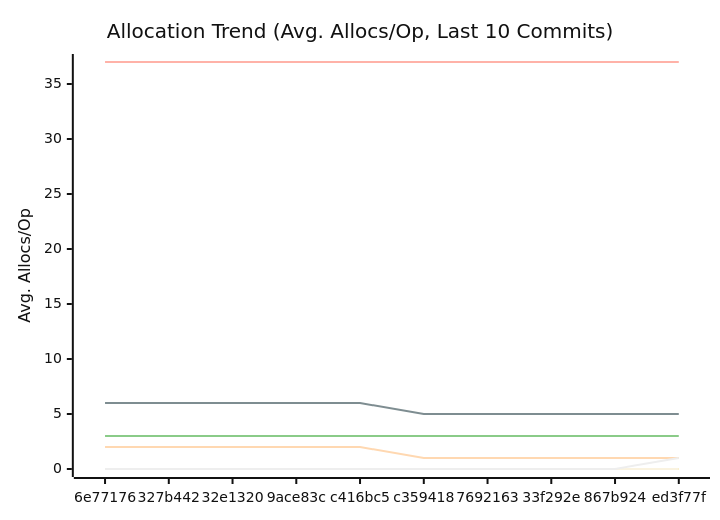
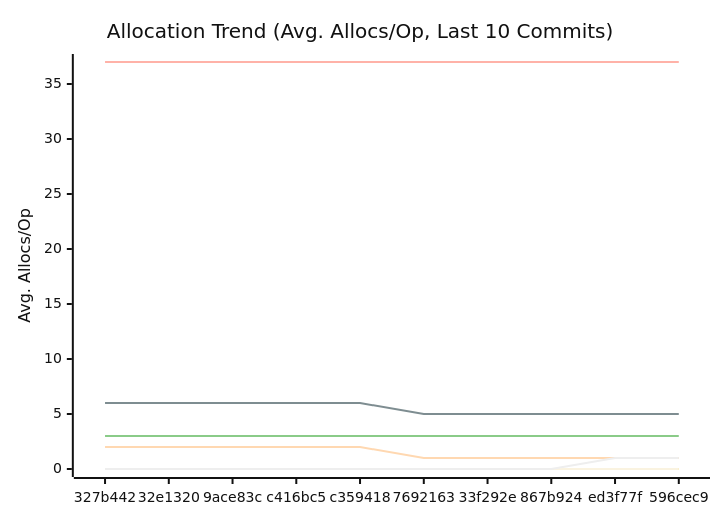
The third of 3 diagrams in docs/PERFORMANCE.md (alsotoes/momo), drawn with Mermaid (neutral theme) before and after one commit. The commit also changed other lines of this file and 5 other files, not shown here.

````diff
--- a/docs/PERFORMANCE.md
+++ b/docs/PERFORMANCE.md
@@ -176,18 +176,18 @@
 ```mermaid
 xychart-beta
     title "Allocation Trend (Avg. Allocs/Op, Last 10 Commits)"
     x-axis "Commit"
     y-axis "Avg. Allocs/Op"
-    x-axis [6e77176,327b442,32e1320,9ace83c,c416bc5,c359418,7692163,33f292e,867b924,ed3f77f]
+    x-axis [327b442,32e1320,9ace83c,c416bc5,c359418,7692163,33f292e,867b924,ed3f77f,596cec9]
     line "CheckMetricsAndSwap" [0,0,0,0,0,0,0,0,0,0]
     line "CrushOptimized" [0,0,0,0,0,0,0,0,0,0]
     line "CrushOriginal" [3,3,3,3,3,3,3,3,3,3]
     line "IndexDirectTracking" [0,0,0,0,0,0,0,0,0,0]
     line "IndexSearch" [0,0,0,0,0,0,0,0,0,0]
     line "LoadGlobalConfig" [37,37,37,37,37,37,37,37,37,37]
     line "PadString" [0,0,0,0,0,0,0,0,0,0]
     line "ParseReplicationOrder_NoPrealloc" [6,6,6,6,6,5,5,5,5,5]
     line "ParseReplicationOrder_Prealloc" [2,2,2,2,2,1,1,1,1,1]
     line "SanitizeLog/Safe" [0,0,0,0,0,0,0,0,0,0]
-    line "SanitizeLog/Unsafe" [0,0,0,0,0,0,0,0,0,1]
+    line "SanitizeLog/Unsafe" [0,0,0,0,0,0,0,0,1,1]
 ```
````
